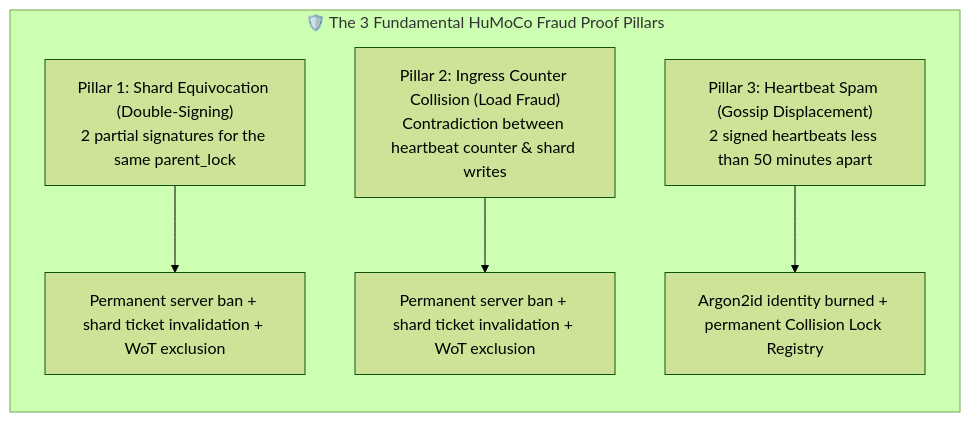
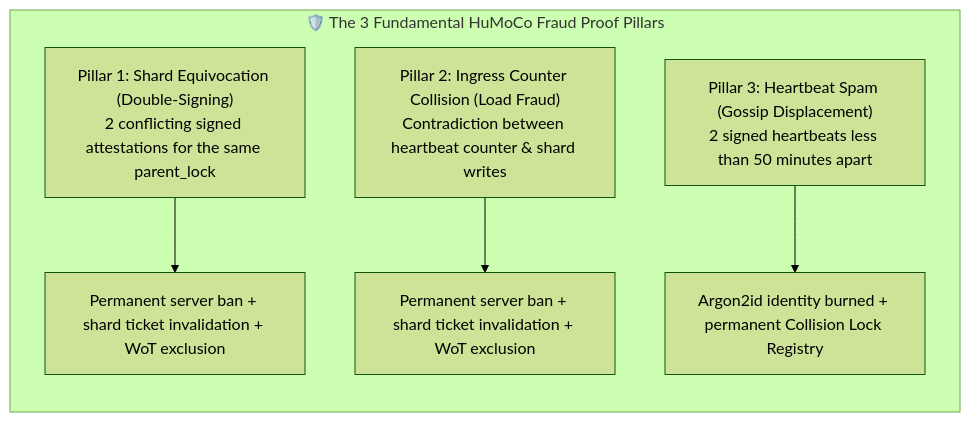
Before and after one commit to minutogit/human-money-node: the fourth of 4 diagrams in docs/10_p2p_wire_format_und_session_framing.md, drawn with Mermaid (forest theme). The commit also changed other lines of this file and 20 other files, not shown here.

````diff
--- a/docs/10_p2p_wire_format_und_session_framing.md
+++ b/docs/10_p2p_wire_format_und_session_framing.md
@@ -387,9 +387,9 @@
 ```mermaid
 flowchart TD
     subgraph FraudPillars["🛡️ The 3 Fundamental HuMoCo Fraud Proof Pillars"]
         direction TB
-        F1["Pillar 1: Shard Equivocation (Double-Signing)<br>2 partial signatures for the same parent_lock"] --> S1["Permanent server ban + shard ticket invalidation + WoT exclusion"]
+        F1["Pillar 1: Shard Equivocation (Double-Signing)<br>2 conflicting signed attestations for the same parent_lock"] --> S1["Permanent server ban + shard ticket invalidation + WoT exclusion"]
         F2["Pillar 2: Ingress Counter Collision (Load Fraud)<br>Contradiction between heartbeat counter & shard writes"] --> S2["Permanent server ban + shard ticket invalidation + WoT exclusion"]
         F3["Pillar 3: Heartbeat Spam (Gossip Displacement)<br>2 signed heartbeats less than 50 minutes apart"] --> S3["Argon2id identity burned + permanent Collision Lock Registry"]
     end
 ```
````
